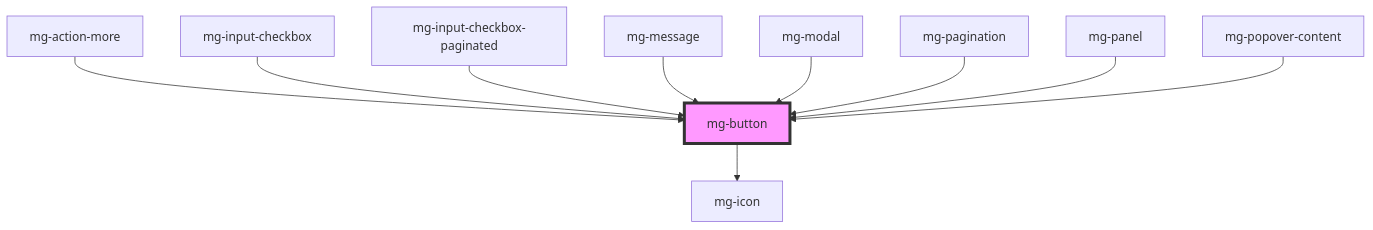
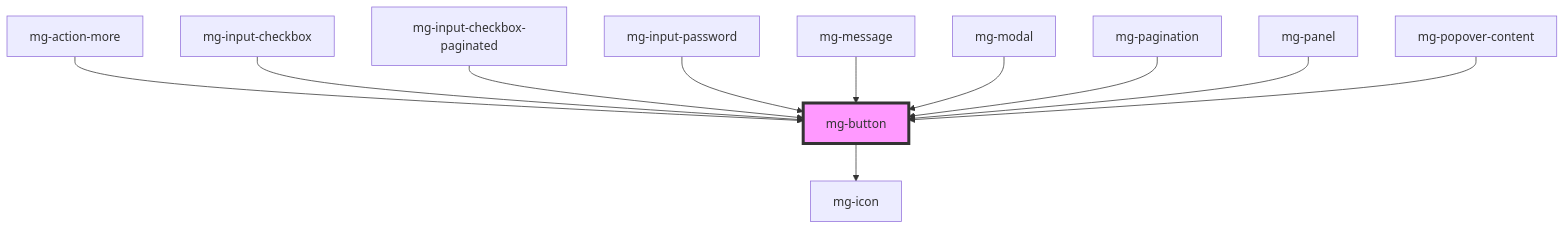
Before and after one commit to MGDIS/core-ui: the diagram in packages/mg-components/src/components/atoms/mg-button/readme.md, drawn with Mermaid. The commit also changed other lines of this file and 83 other files, not shown here.

First line of the commit message:
feat(mgInputPassword): add display password feature

````diff
--- a/packages/mg-components/src/components/atoms/mg-button/readme.md
+++ b/packages/mg-components/src/components/atoms/mg-button/readme.md
@@ -107,13 +108,14 @@
 ```mermaid
 graph TD;
   mg-button --> mg-icon
   mg-action-more --> mg-button
   mg-input-checkbox --> mg-button
   mg-input-checkbox-paginated --> mg-button
+  mg-input-password --> mg-button
   mg-message --> mg-button
   mg-modal --> mg-button
   mg-pagination --> mg-button
   mg-panel --> mg-button
   mg-popover-content --> mg-button
   style mg-button fill:#f9f,stroke:#333,stroke-width:4px
 ```
````
